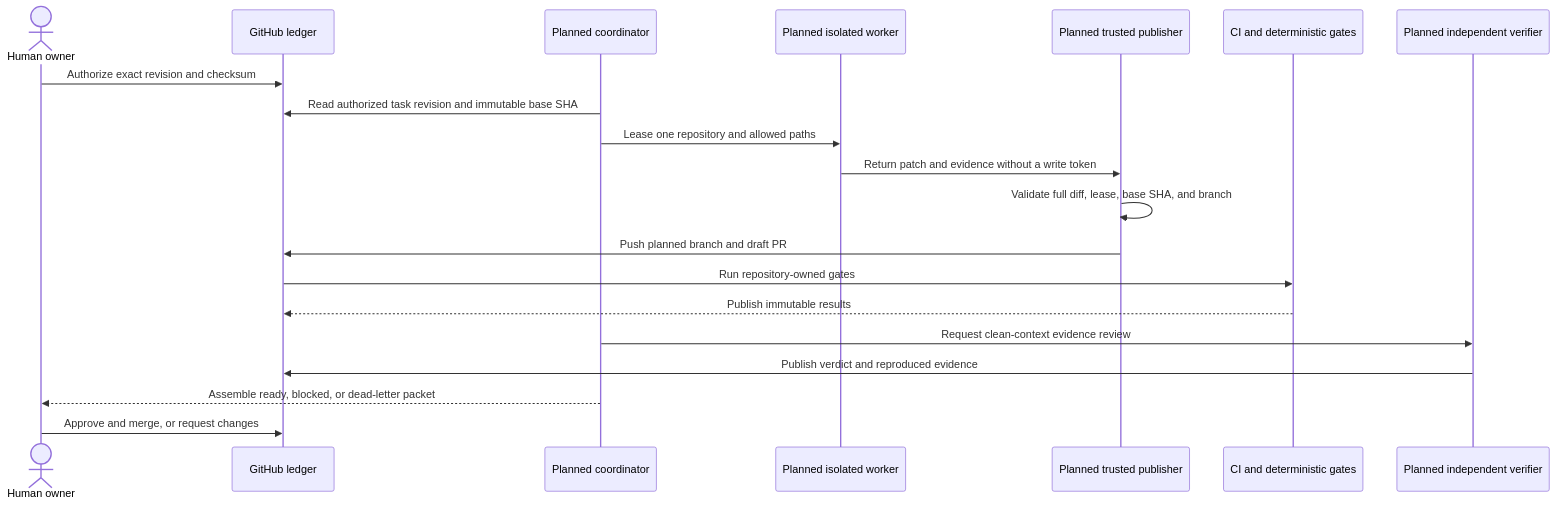
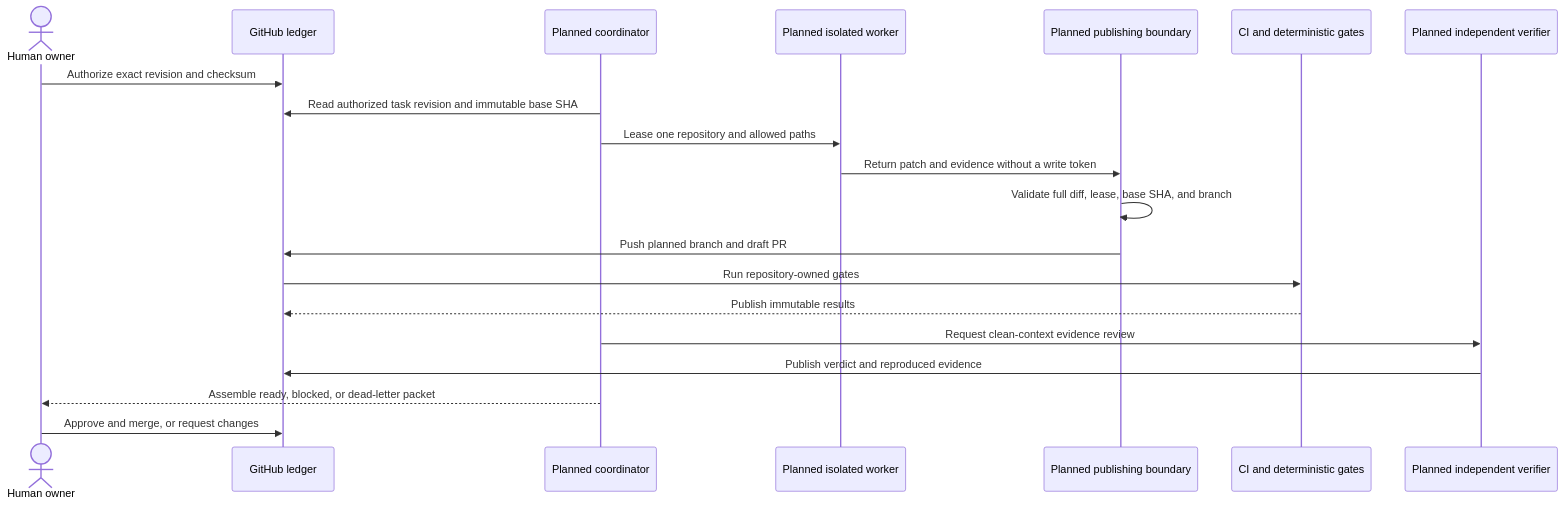
Before and after one commit to duynhlab/homelab: the diagram in docs/proposals/rfc/RFC-0033/README.md, drawn with Mermaid. The commit also changed other lines of this file and 3 other files, not shown here.

Commit message:
Accept RFC-0033 architecture

````diff
--- a/docs/proposals/rfc/RFC-0033/README.md
+++ b/docs/proposals/rfc/RFC-0033/README.md
@@ -131,23 +131,23 @@
 ```mermaid
 sequenceDiagram
     actor Owner as Human owner
     participant Ledger as GitHub ledger
     participant Coord as Planned coordinator
     participant Worker as Planned isolated worker
-    participant Publish as Planned trusted publisher
+    participant Publish as Planned publishing boundary
     participant CI as CI and deterministic gates
     participant Verify as Planned independent verifier
 
     Owner->>Ledger: Authorize exact revision and checksum
     Coord->>Ledger: Read authorized task revision and immutable base SHA
     Coord->>Worker: Lease one repository and allowed paths
     Worker->>Publish: Return patch and evidence without a write token
     Publish->>Publish: Validate full diff, lease, base SHA, and branch
     Publish->>Ledger: Push planned branch and draft PR
     Ledger->>CI: Run repository-owned gates
     CI-->>Ledger: Publish immutable results
     Coord->>Verify: Request clean-context evidence review
     Verify->>Ledger: Publish verdict and reproduced evidence
     Coord-->>Owner: Assemble ready, blocked, or dead-letter packet
     Owner->>Ledger: Approve and merge, or request changes
 ```
````
